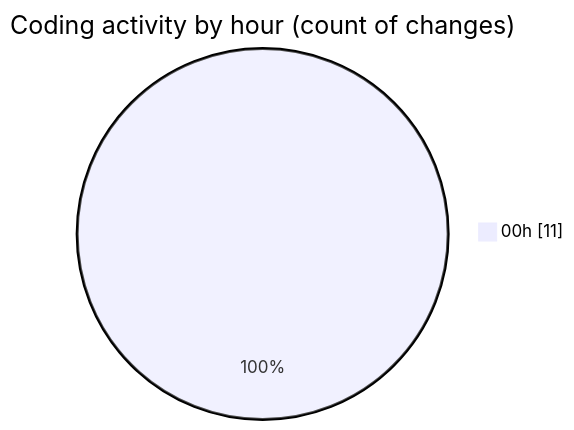
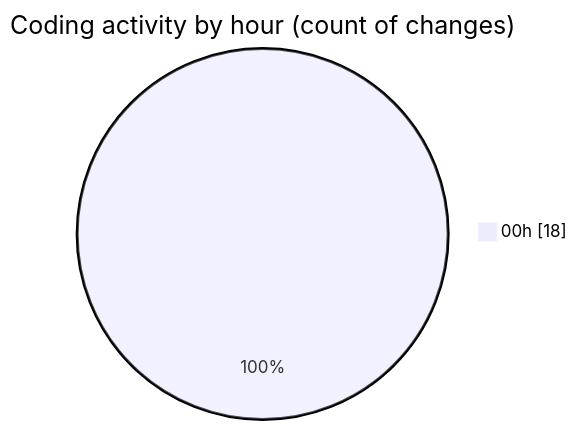
One commit to Netris89/code-tracking changed the second of 2 diagrams in 2025-04-23/echo/README.md. Above: the diagram before and after it, drawn with Mermaid. The commit also changed other lines of this file and 1 other file, not shown here.

````diff
--- a/2025-04-23/echo/README.md
+++ b/2025-04-23/echo/README.md
@@ -30,5 +30,5 @@
 ```mermaid
 pie showData
 title Coding activity by hour (count of changes)
-"00h" : 11
+"00h" : 18
 ```
````
